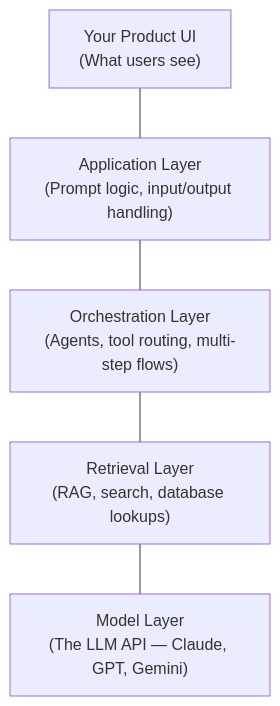
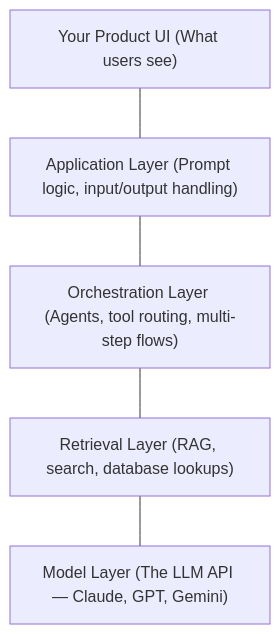
One commit to mjac-yue/ai-architecture-for-pms changed the first of 4 diagrams in module-06-ai-product-stack.md. Above: the diagram before and after it, drawn with Mermaid. The commit also changed other lines of this file and 15 other files, not shown here.

First line of the commit message:
Remove HTML tags from Mermaid node labels for Obsidian compatibility

````diff
--- a/module-06-ai-product-stack.md
+++ b/module-06-ai-product-stack.md
@@ -7,10 +7,10 @@
 ```mermaid
 graph TB
-    U["Your Product UI<br>(What users see)"]
-    A["Application Layer<br>(Prompt logic, input/output handling)"]
-    O["Orchestration Layer<br>(Agents, tool routing, multi-step flows)"]
-    R["Retrieval Layer<br>(RAG, search, database lookups)"]
-    M["Model Layer<br>(The LLM API — Claude, GPT, Gemini)"]
+    U["Your Product UI (What users see)"]
+    A["Application Layer (Prompt logic, input/output handling)"]
+    O["Orchestration Layer (Agents, tool routing, multi-step flows)"]
+    R["Retrieval Layer (RAG, search, database lookups)"]
+    M["Model Layer (The LLM API — Claude, GPT, Gemini)"]
 
     U --- A --- O --- R --- M
 ```
````
